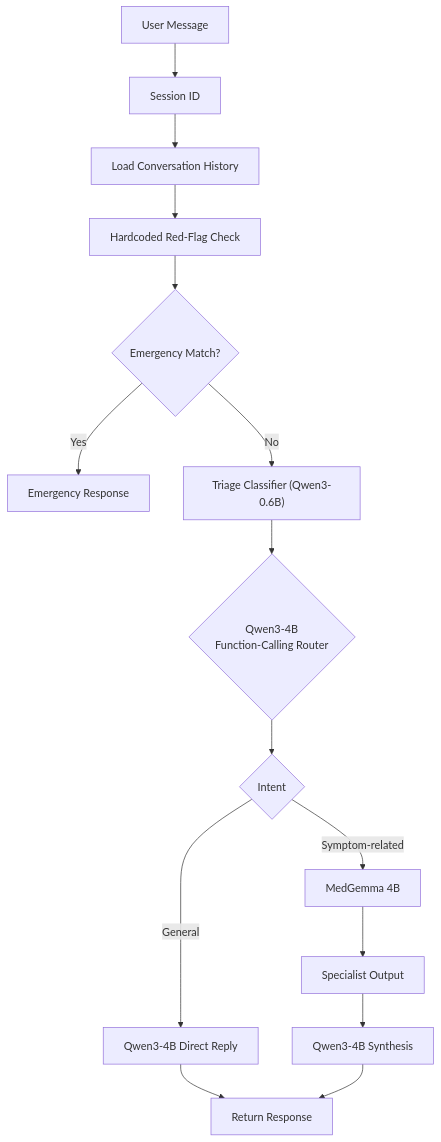
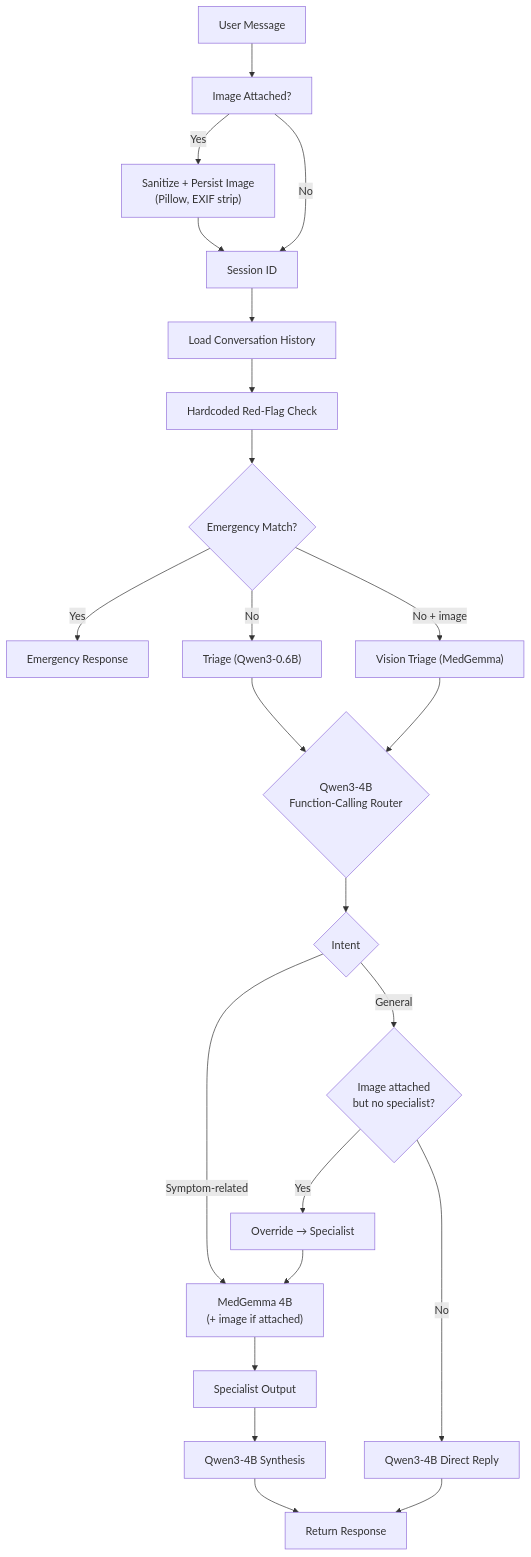
The diagram in README.md (theruderaw/medgemma-agent), drawn with Mermaid before and after one commit. The commit also changed other lines of this file and 52 other files, not shown here.

````diff
--- a/README.md
+++ b/README.md
@@ -32,34 +38,47 @@
 ```mermaid
 flowchart TD
     USER["User Message"]
+    IMAGE["Image Attached?"]
+    PERSIST["Sanitize + Persist Image<br/>(Pillow, EXIF strip)"]
     SESSION["Session ID"]
     LOAD["Load Conversation History"]
     SAFETY["Hardcoded Red-Flag Check"]
     EMERGENCY{"Emergency Match?"}
     EMERGENCY_RESPONSE["Emergency Response"]
-    TRIAGE["Triage Classifier (Qwen3-0.6B)"]
+    TRIAGE_T["Triage (Qwen3-0.6B)"]
+    TRIAGE_V["Vision Triage (MedGemma)"]
     ROUTER{"Qwen3-4B<br/>Function-Calling Router"}
     INTENT{"Intent"}
+    OVERRIDE{"Image attached<br/>but no specialist?"}
+    FORCE["Override → Specialist"]
     QWEN["Qwen3-4B Direct Reply"]
-    MED["MedGemma 4B"]
+    MED["MedGemma 4B<br/>(+ image if attached)"]
     CONTEXT["Specialist Output"]
     SYNTH["Qwen3-4B Synthesis"]
     RESPONSE["Return Response"]
 
-    USER --> SESSION
+    USER --> IMAGE
+    IMAGE -->|"Yes"| PERSIST
+    IMAGE -->|"No"| SESSION
+    PERSIST --> SESSION
     SESSION --> LOAD
     LOAD --> SAFETY
     SAFETY --> EMERGENCY
 
     EMERGENCY -->|"Yes"| EMERGENCY_RESPONSE
-    EMERGENCY -->|"No"| TRIAGE
-    TRIAGE --> ROUTER
+    EMERGENCY -->|"No"| TRIAGE_T
+    EMERGENCY -->|"No + image"| TRIAGE_V
+    TRIAGE_T --> ROUTER
+    TRIAGE_V --> ROUTER
 
     ROUTER --> INTENT
-    INTENT -->|"General"| QWEN
     INTENT -->|"Symptom-related"| MED
+    INTENT -->|"General"| OVERRIDE
+    OVERRIDE -->|"Yes"| FORCE
+    OVERRIDE -->|"No"| QWEN
+    FORCE --> MED
     MED --> CONTEXT
     CONTEXT --> SYNTH
     QWEN --> RESPONSE
     SYNTH --> RESPONSE
 ```
````
